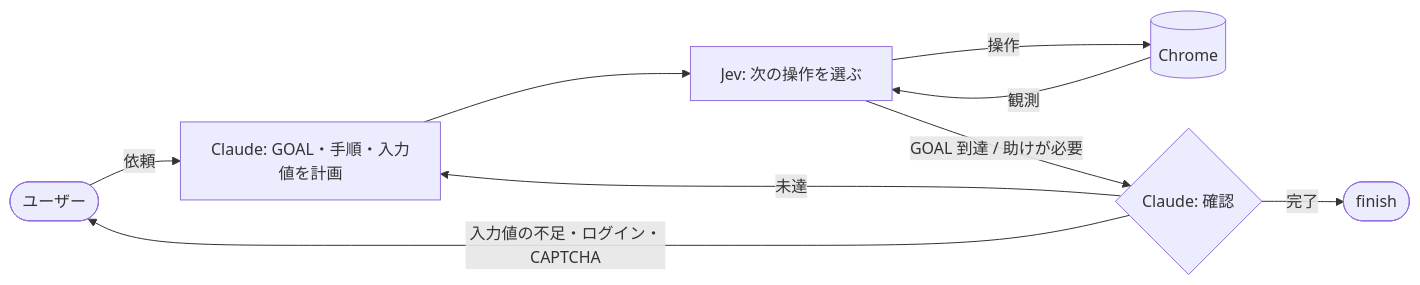
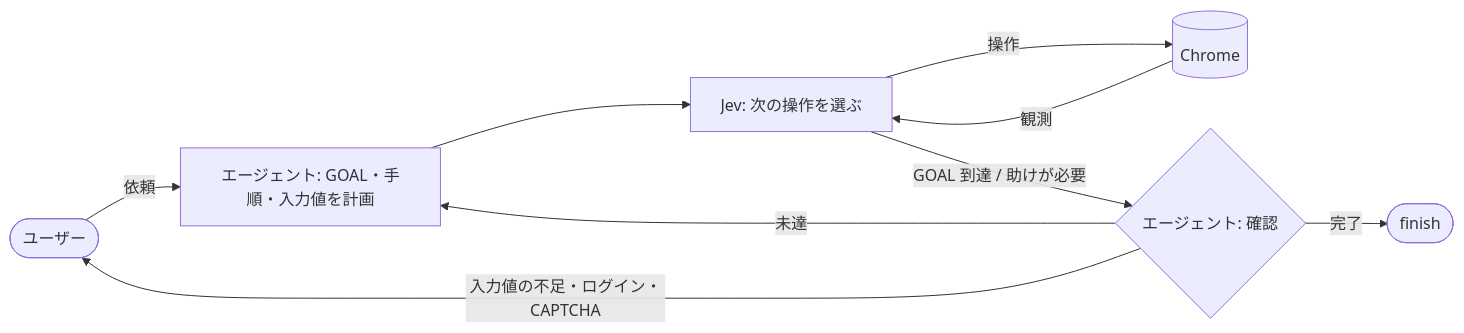
Before and after one commit to sakamoto66/webhand: the diagram in README.ja.md, drawn with Mermaid. The commit also changed other lines of this file and 38 other files, not shown here.

````diff
--- a/README.ja.md
+++ b/README.ja.md
@@ -46,11 +64,11 @@
 ```mermaid
 flowchart LR
-    U([ユーザー]) -->|依頼| P[Claude: GOAL・手順・入力値を計画]
+    U([ユーザー]) -->|依頼| P[エージェント: GOAL・手順・入力値を計画]
     P --> R[Jev: 次の操作を選ぶ]
     R -->|操作| B[(Chrome)]
     B -->|観測| R
-    R -->|GOAL 到達 / 助けが必要| C{Claude: 確認}
+    R -->|GOAL 到達 / 助けが必要| C{エージェント: 確認}
     C -->|完了| F([finish])
     C -->|未達| P
     C -->|入力値の不足・ログイン・CAPTCHA| U
 ```
````
